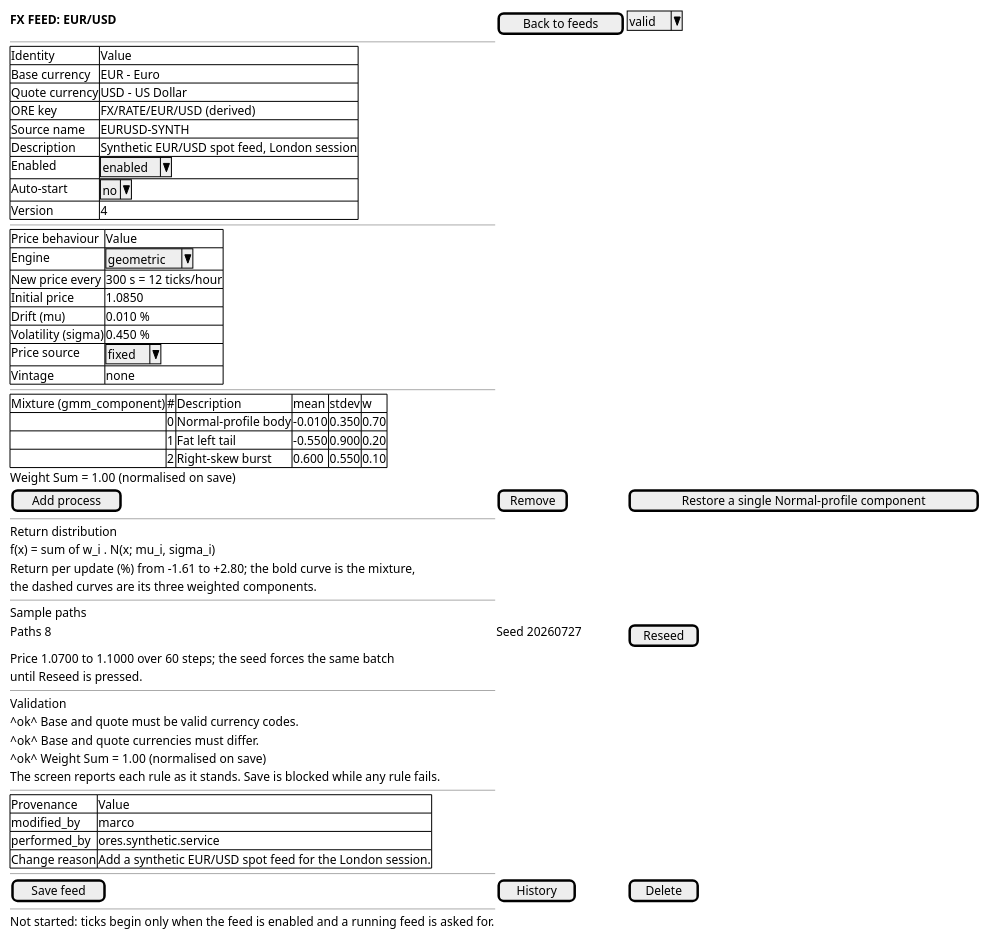
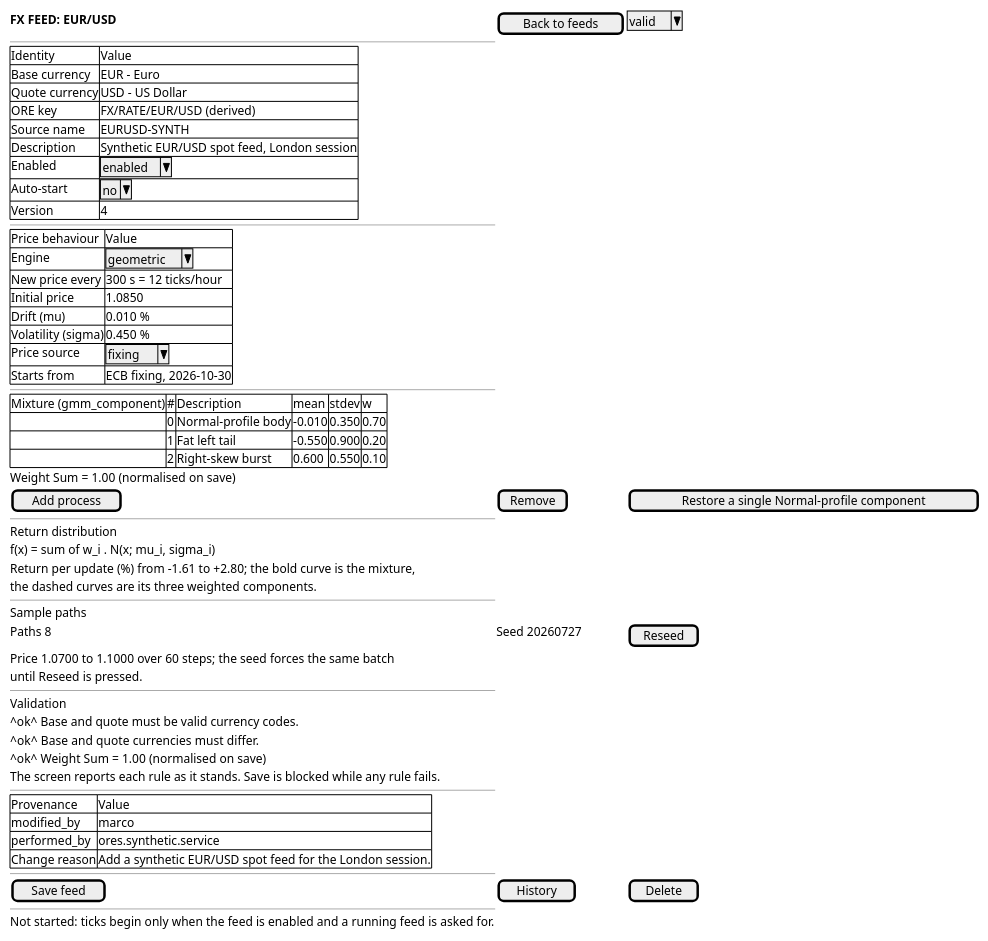
Before and after one commit to OreStudio/OreStudio: the diagram in doc/knowledge/journeys/market_data/wireframe_author-an-fx-price-feed.puml, drawn with PlantUML. The commit also changed 21 other files, not shown here.

First line of the commit message:
[docs] Describe the fixing path wherever a vintage was the source

```diff
--- a/doc/knowledge/journeys/market_data/wireframe_author-an-fx-price-feed.puml
+++ b/doc/knowledge/journeys/market_data/wireframe_author-an-fx-price-feed.puml
@@ -18,67 +18,67 @@
 @startuml
 
 salt
 {
   <b>FX FEED: EUR/USD</b> | [ Back to feeds ] | ^valid^
   --
   {#
     Identity | Value
     Base currency | EUR - Euro
     Quote currency | USD - US Dollar
     ORE key | FX/RATE/EUR/USD (derived)
     Source name | EURUSD-SYNTH
     Description | Synthetic EUR/USD spot feed, London session
     Enabled | ^enabled^
     Auto-start | ^no^
     Version | 4
   }
   --
   {#
     Price behaviour | Value
     Engine | ^geometric^
     New price every | 300 s = 12 ticks/hour
     Initial price | 1.0850
     Drift (mu) | 0.010 %
     Volatility (sigma) | 0.450 %
-    Price source | ^fixed^
-    Vintage | none
+    Price source | ^fixing^
+    Starts from | ECB fixing, 2026-10-30
   }
   --
   {#
     Mixture (gmm_component) | # | Description | mean | stdev | w
     . | 0 | Normal-profile body | -0.010 | 0.350 | 0.70
     . | 1 | Fat left tail | -0.550 | 0.900 | 0.20
     . | 2 | Right-skew burst | 0.600 | 0.550 | 0.10
   }
   Weight Sum = 1.00 (normalised on save)
   [ Add process ] | [ Remove ] | [ Restore a single Normal-profile component ]
   --
   Return distribution
   f(x) = sum of w_i . N(x; mu_i, sigma_i)
   Return per update (%) from -1.61 to +2.80; the bold curve is the mixture,
   the dashed curves are its three weighted components.
   --
   Sample paths
   Paths 8 | Seed 20260727 | [ Reseed ]
   Price 1.0700 to 1.1000 over 60 steps; the seed forces the same batch
   until Reseed is pressed.
   --
   Validation
   ^ok^ Base and quote must be valid currency codes.
   ^ok^ Base and quote currencies must differ.
   ^ok^ Weight Sum = 1.00 (normalised on save)
   The screen reports each rule as it stands. Save is blocked while any rule fails.
   --
   {#
     Provenance | Value
     modified_by | marco
     performed_by | ores.synthetic.service
     Change reason | Add a synthetic EUR/USD spot feed for the London session.
   }
   --
   [ Save feed ] | [ History ] | [ Delete ]
   --
   Not started: ticks begin only when the feed is enabled and a running feed is asked for.
 }
 
 @enduml
```
